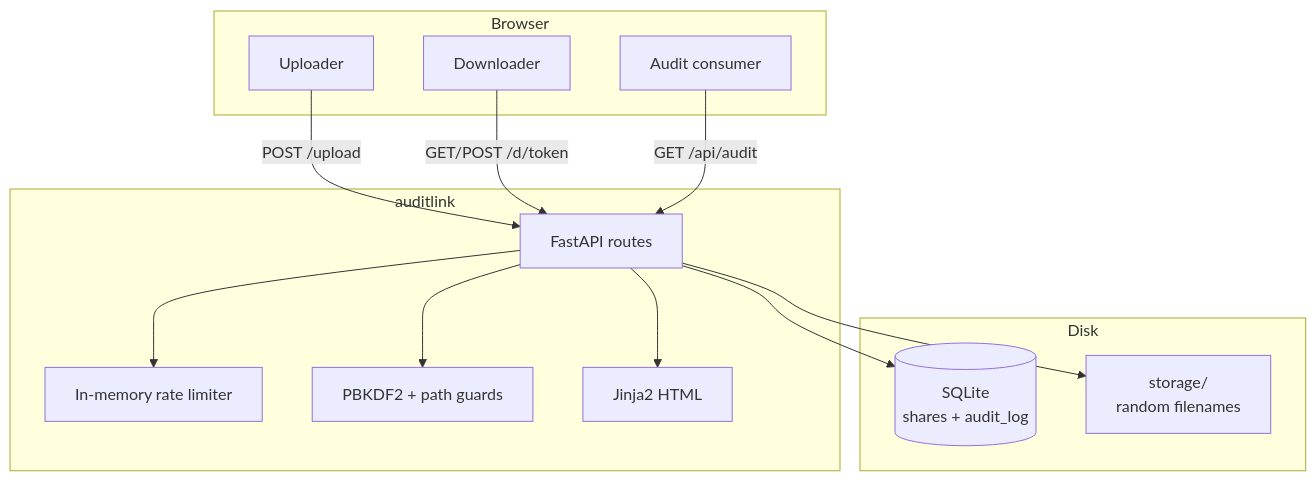
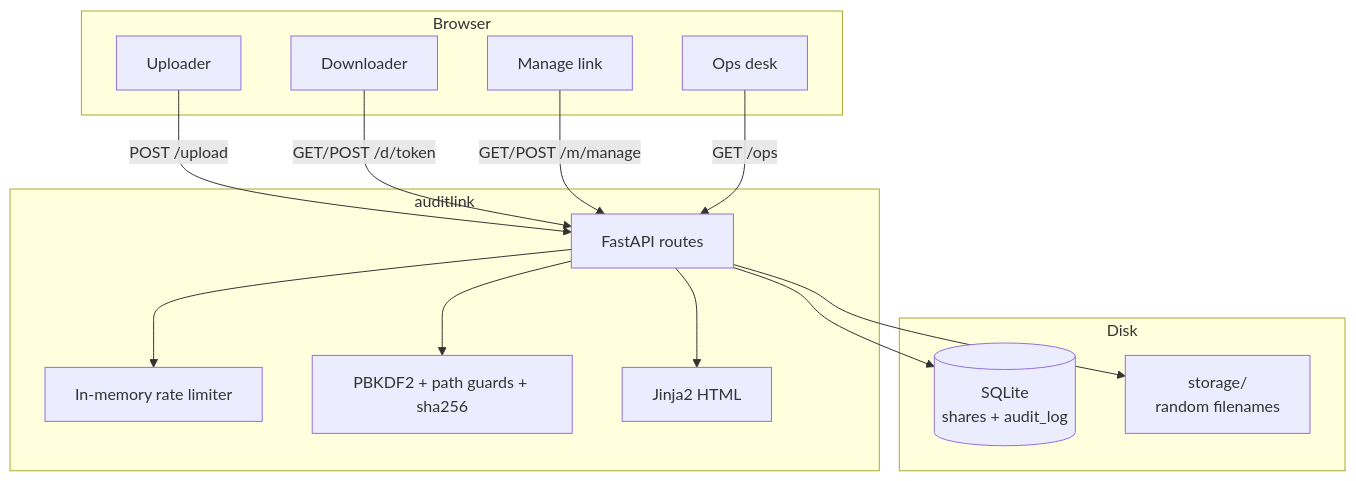
The diagram in README.md (gunjana5/auditlink), drawn with Mermaid before and after one commit. The commit also changed other lines of this file and 18 other files, not shown here.

Commit message:
Add ops desk, revoke, and sha256 integrity

````diff
--- a/README.md
+++ b/README.md
@@ -61,29 +61,31 @@
 ```mermaid
 flowchart TB
     subgraph client [Browser]
         U[Uploader]
         D[Downloader]
-        A[Audit consumer]
+        M[Manage link]
+        O[Ops desk]
     end
 
     subgraph auditlink [auditlink]
         API[FastAPI routes]
         RL[In-memory rate limiter]
-        SEC[PBKDF2 + path guards]
+        SEC[PBKDF2 + path guards + sha256]
         TPL[Jinja2 HTML]
     end
 
     subgraph persist [Disk]
         DB[(SQLite\nshares + audit_log)]
         FS[storage/\nrandom filenames]
     end
 
     U -->|POST /upload| API
     D -->|GET/POST /d/token| API
-    A -->|GET /api/audit| API
+    M -->|GET/POST /m/manage| API
+    O -->|GET /ops| API
     API --> RL
     API --> SEC
     API --> TPL
     API --> DB
     API --> FS
 ```
````
